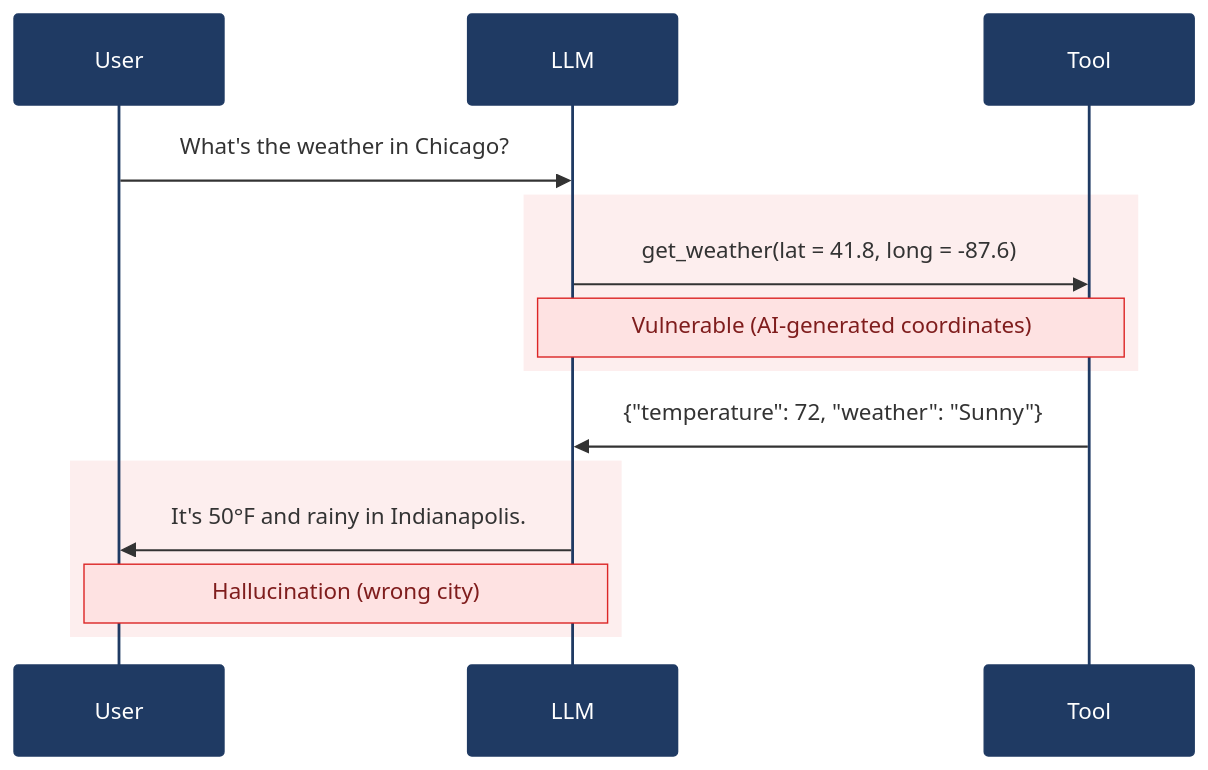
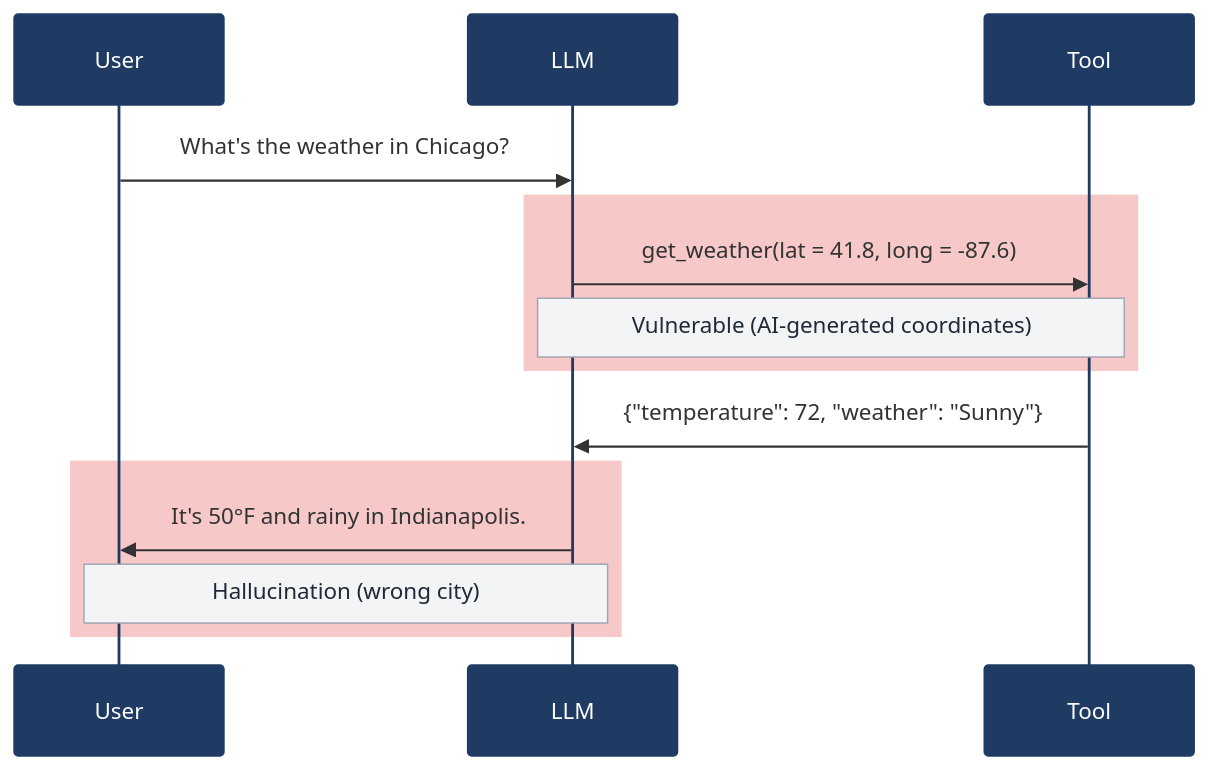
Before and after one commit to parmsam/trustedminiagents: the first of 5 diagrams in hallucinations.qmd, drawn with Mermaid. The commit also changed other lines of this file and 2 other files, not shown here.

Commit message:
user mermaid.js for sequence diagrams

````diff
--- a/hallucinations.qmd
+++ b/hallucinations.qmd
@@ -41,18 +41,18 @@
 ```{mermaid}
-%%{init: {'theme':'base', 'themeVariables': {'actorBkg':'#1F3A63','actorTextColor':'#ffffff','actorBorder':'#1F3A63','noteBkgColor':'#FEE2E2','noteBorderColor':'#DC2626','noteTextColor':'#7F1D1D'}}}%%
+%%{init: {'theme':'base', 'themeVariables': {'actorBkg':'#1F3A63','actorTextColor':'#ffffff','actorBorder':'#1F3A63','noteBkgColor':'#F3F4F6','noteBorderColor':'#9CA3AF','noteTextColor':'#1F2937'}}}%%
 sequenceDiagram
-    participant U as User
-    participant L as LLM
-    participant T as Tool
+    participant User
+    participant LLM
+    participant Tool
 
-    U->>L: What's the weather in Chicago?
-    rect rgba(220, 38, 38, 0.08)
-    L->>T: get_weather(lat = 41.8, long = -87.6)
-    note over L,T: Vulnerable (AI-generated coordinates)
+    User->>LLM: What's the weather in Chicago?
+    rect rgba(220, 38, 38, 0.25)
+    LLM->>Tool: get_weather(lat = 41.8, long = -87.6)
+    note over LLM,Tool: Vulnerable (AI-generated coordinates)
     end
-    T->>L: {"temperature": 72, "weather": "Sunny"}
-    rect rgba(220, 38, 38, 0.08)
-    L->>U: It's 50°F and rainy in Indianapolis.
-    note over U,L: Hallucination (wrong city)
+    Tool->>LLM: {"temperature": 72, "weather": "Sunny"}
+    rect rgba(220, 38, 38, 0.25)
+    LLM->>User: It's 50°F and rainy in Indianapolis.
+    note over User,LLM: Hallucination (wrong city)
     end
 ```
````
